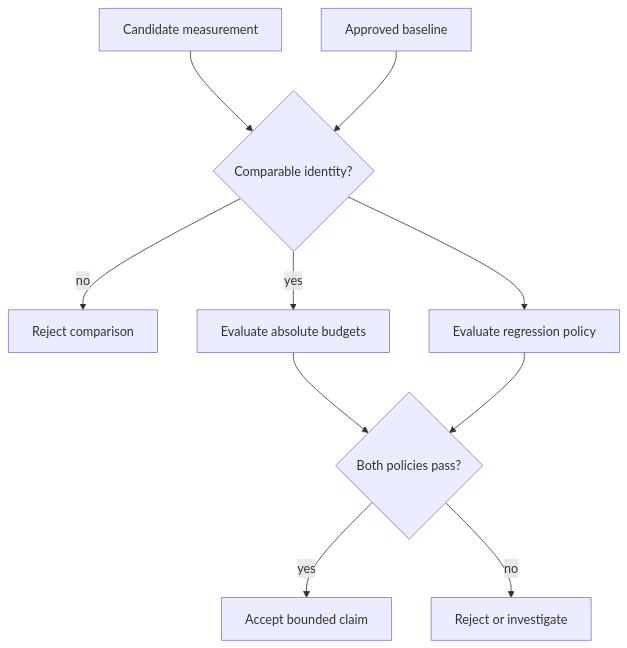
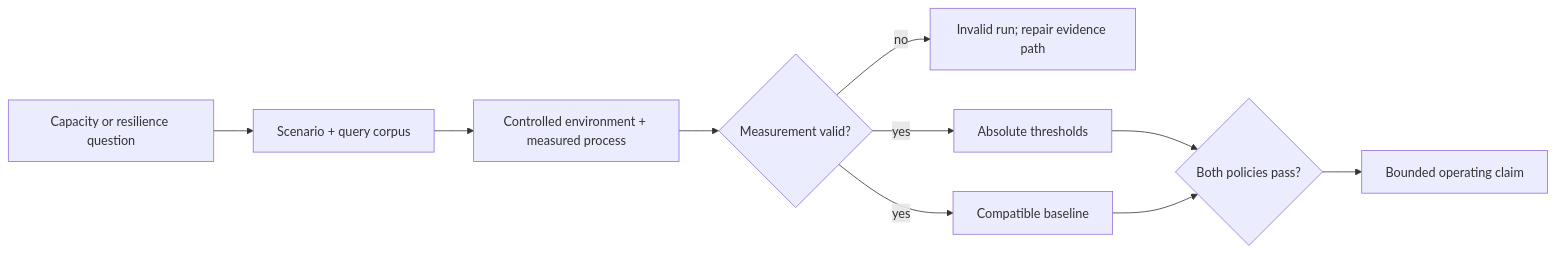
Before and after one commit to bijux/bijux-atlas: the first of 2 diagrams in docs/bijux-atlas-ops/load/index.md, drawn with Mermaid. The commit also changed other lines of this file and 2 other files, not shown here.

````diff
--- a/docs/bijux-atlas-ops/load/index.md
+++ b/docs/bijux-atlas-ops/load/index.md
@@ -70,12 +19,12 @@
 ```mermaid
-flowchart TD
-    Candidate[Candidate measurement] --> Match{Comparable identity?}
-    Baseline[Approved baseline] --> Match
-    Match -->|no| Invalid[Reject comparison]
-    Match -->|yes| Absolute[Evaluate absolute budgets]
-    Match --> Relative[Evaluate regression policy]
-    Absolute --> Verdict{Both policies pass?}
-    Relative --> Verdict
-    Verdict -->|yes| Accept[Accept bounded claim]
-    Verdict -->|no| Reject[Reject or investigate]
+flowchart LR
+    Question[Capacity or resilience question] --> Workload[Scenario + query corpus]
+    Workload --> Run[Controlled environment + measured process]
+    Run --> Valid{Measurement valid?}
+    Valid -->|no| Invalid[Invalid run; repair evidence path]
+    Valid -->|yes| Budget[Absolute thresholds]
+    Valid -->|yes| Baseline[Compatible baseline]
+    Budget --> Verdict{Both policies pass?}
+    Baseline --> Verdict
+    Verdict --> Claim[Bounded operating claim]
 ```
````
